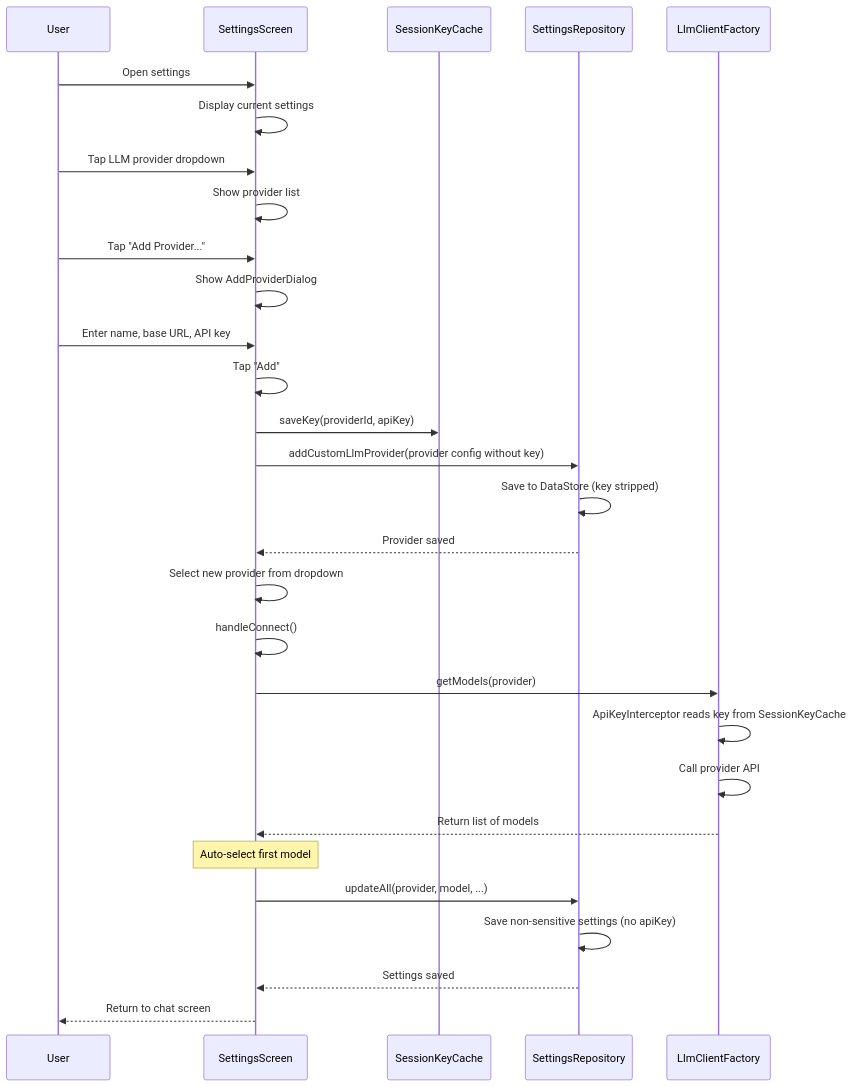
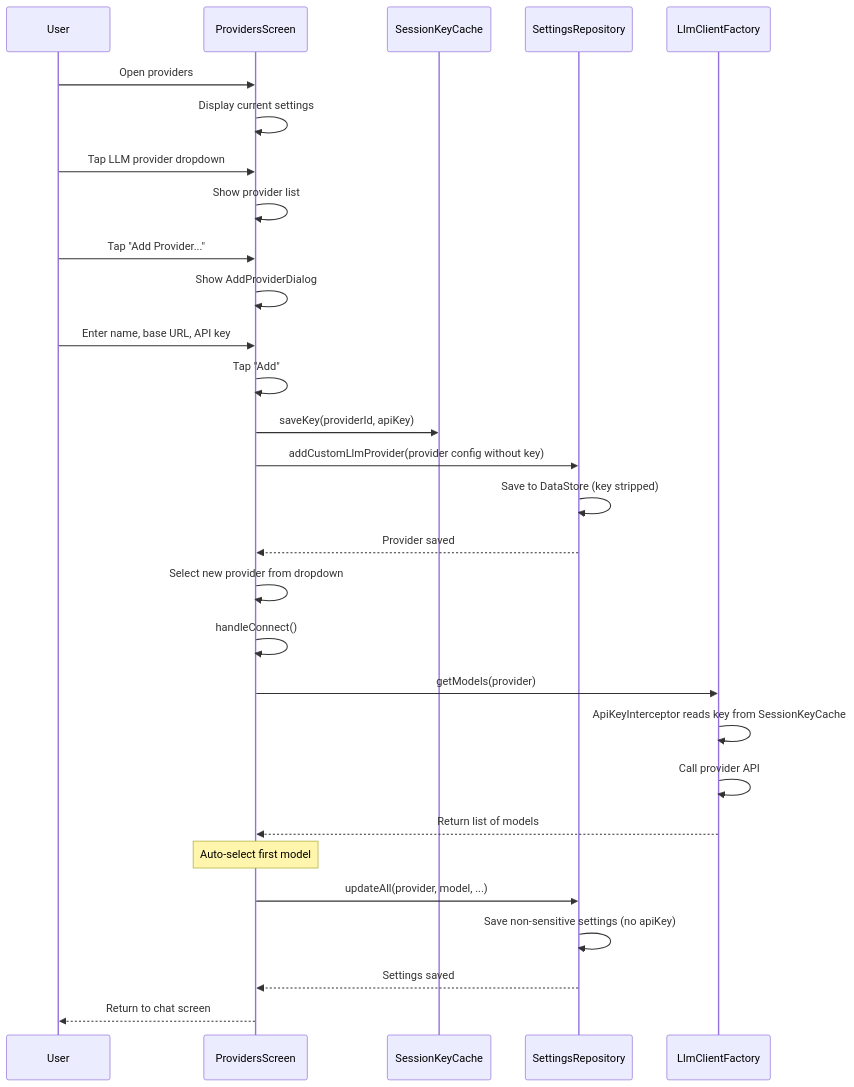
The second of 11 diagrams in docs/seq_others.md (lehoang318/buddy), drawn with Mermaid before and after one commit. The commit also changed other lines of this file and 48 other files, not shown here.

````diff
--- a/docs/seq_others.md
+++ b/docs/seq_others.md
@@ -62,38 +62,38 @@
 ```mermaid
 sequenceDiagram
     participant User
-    participant SettingsScreen
+    participant ProvidersScreen
     participant SessionKeyCache
     participant SettingsRepository
     participant LlmClientFactory
 
-    User->>SettingsScreen: Open settings
-    SettingsScreen->>SettingsScreen: Display current settings
+    User->>ProvidersScreen: Open providers
+    ProvidersScreen->>ProvidersScreen: Display current settings
 
-    User->>SettingsScreen: Tap LLM provider dropdown
-    SettingsScreen->>SettingsScreen: Show provider list
-    User->>SettingsScreen: Tap "Add Provider..."
-    SettingsScreen->>SettingsScreen: Show AddProviderDialog
+    User->>ProvidersScreen: Tap LLM provider dropdown
+    ProvidersScreen->>ProvidersScreen: Show provider list
+    User->>ProvidersScreen: Tap "Add Provider..."
+    ProvidersScreen->>ProvidersScreen: Show AddProviderDialog
 
-    User->>SettingsScreen: Enter name, base URL, API key
-    SettingsScreen->>SettingsScreen: Tap "Add"
-    SettingsScreen->>SessionKeyCache: saveKey(providerId, apiKey)
-    SettingsScreen->>SettingsRepository: addCustomLlmProvider(provider config without key)
+    User->>ProvidersScreen: Enter name, base URL, API key
+    ProvidersScreen->>ProvidersScreen: Tap "Add"
+    ProvidersScreen->>SessionKeyCache: saveKey(providerId, apiKey)
+    ProvidersScreen->>SettingsRepository: addCustomLlmProvider(provider config without key)
     SettingsRepository->>SettingsRepository: Save to DataStore (key stripped)
-    SettingsRepository-->>SettingsScreen: Provider saved
+    SettingsRepository-->>ProvidersScreen: Provider saved
 
-    SettingsScreen->>SettingsScreen: Select new provider from dropdown
-    SettingsScreen->>SettingsScreen: handleConnect()
-    SettingsScreen->>LlmClientFactory: getModels(provider)
+    ProvidersScreen->>ProvidersScreen: Select new provider from dropdown
+    ProvidersScreen->>ProvidersScreen: handleConnect()
+    ProvidersScreen->>LlmClientFactory: getModels(provider)
     LlmClientFactory->>LlmClientFactory: ApiKeyInterceptor reads key from SessionKeyCache
     LlmClientFactory->>LlmClientFactory: Call provider API
-    LlmClientFactory-->>SettingsScreen: Return list of models
+    LlmClientFactory-->>ProvidersScreen: Return list of models
 
-    Note over SettingsScreen: Auto-select first model
+    Note over ProvidersScreen: Auto-select first model
 
-    SettingsScreen->>SettingsRepository: updateAll(provider, model, ...)
+    ProvidersScreen->>SettingsRepository: updateAll(provider, model, ...)
     SettingsRepository->>SettingsRepository: Save non-sensitive settings (no apiKey)
-    SettingsRepository-->>SettingsScreen: Settings saved
+    SettingsRepository-->>ProvidersScreen: Settings saved
 
-    SettingsScreen-->>User: Return to chat screen
+    ProvidersScreen-->>User: Return to chat screen
 ```
````
